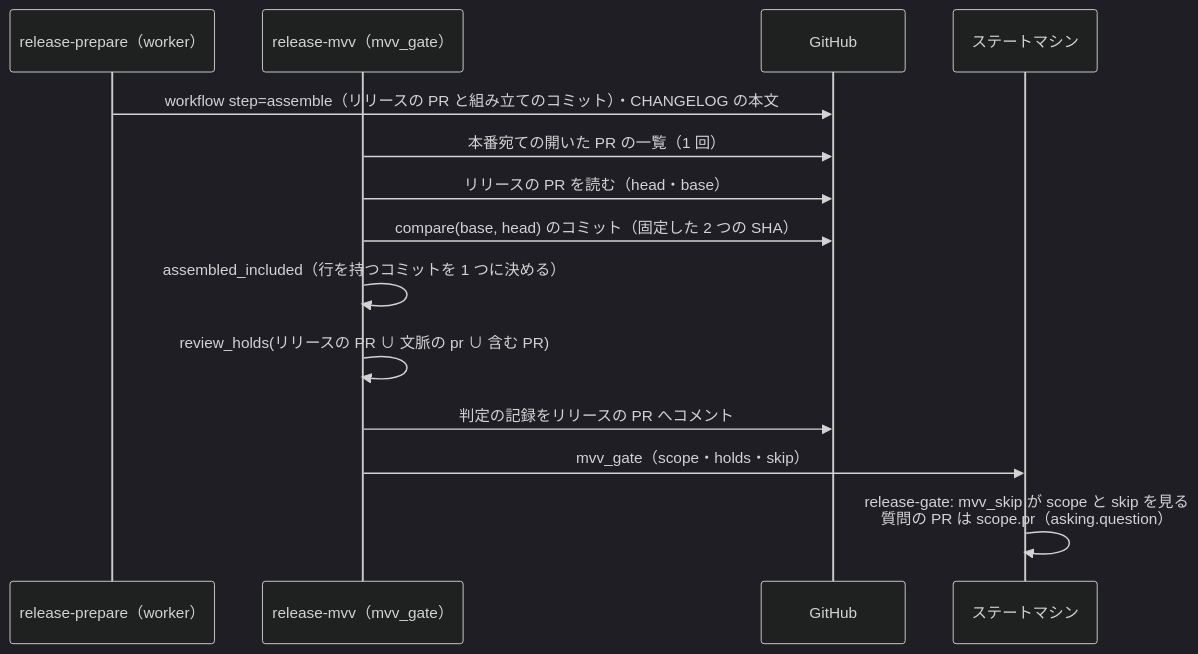
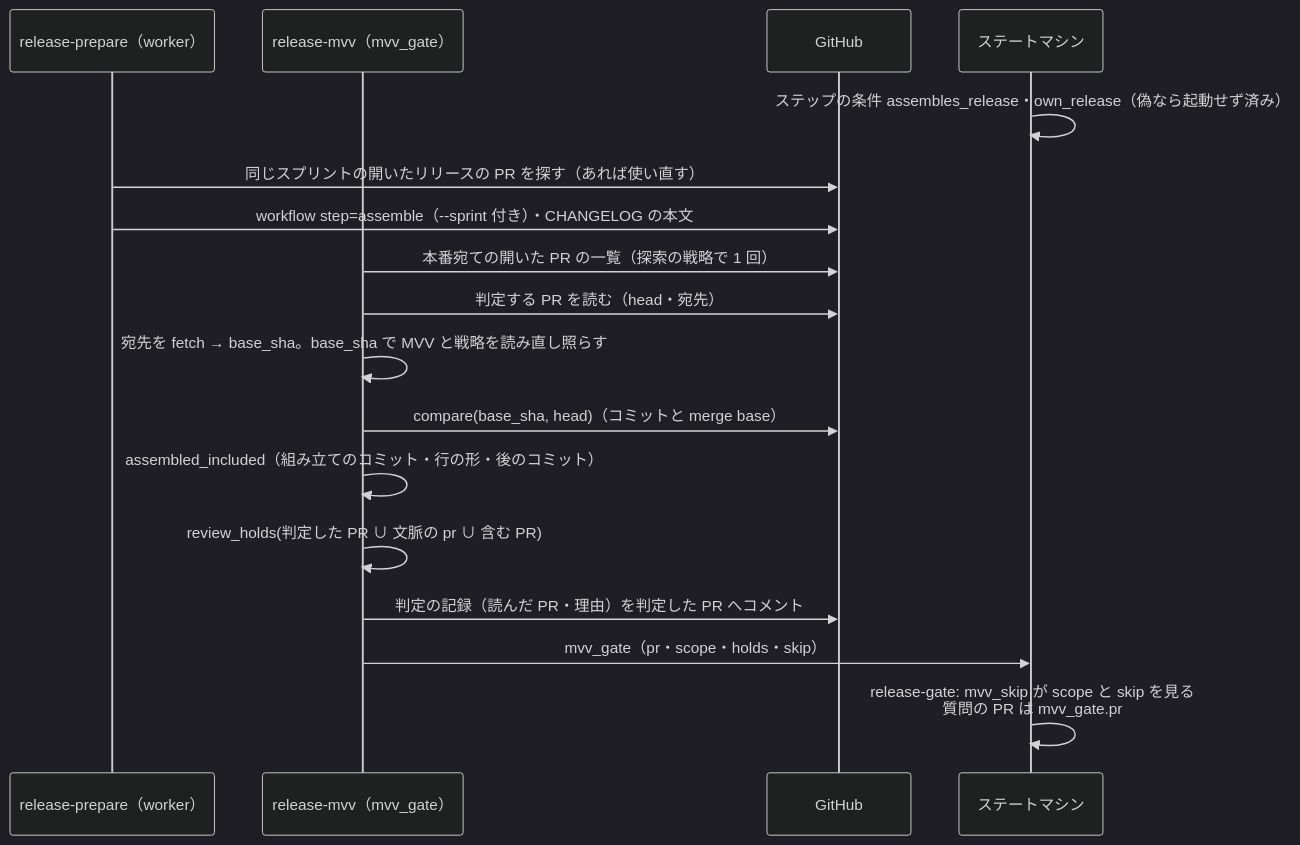
One commit to devbasex/ai-plugins changed the third of 3 diagrams in issues/issue-4105-design.md. Above: the diagram before and after it, drawn with Mermaid (dark theme). The commit also changed other lines of this file and 1 other file, not shown here.

First line of the commit message:
Docs: #4105 の設計を cross-review の指摘 r1-1〜r1-15 に合わせて直す

````diff
--- a/issues/issue-4105-design.md
+++ b/issues/issue-4105-design.md
@@ -89,16 +113,19 @@
 ```mermaid
 sequenceDiagram
   participant W as release-prepare（worker）
   participant G as release-mvv（mvv_gate）
   participant H as GitHub
   participant S as ステートマシン
-  W->>H: workflow step=assemble（リリースの PR と組み立てのコミット）・CHANGELOG の本文
-  G->>H: 本番宛ての開いた PR の一覧（1 回）
-  G->>H: リリースの PR を読む（head・base）
-  G->>H: compare(base, head) のコミット（固定した 2 つの SHA）
-  G->>G: assembled_included（行を持つコミットを 1 つに決める）
-  G->>G: review_holds(リリースの PR ∪ 文脈の pr ∪ 含む PR)
-  G->>H: 判定の記録をリリースの PR へコメント
-  G->>S: mvv_gate（scope・holds・skip）
-  S->>S: release-gate: mvv_skip が scope と skip を見る<br>質問の PR は scope.pr（asking.question）
+  S->>S: ステップの条件 assembles_release・own_release（偽なら起動せず済み）
+  W->>H: 同じスプリントの開いたリリースの PR を探す（あれば使い直す）
+  W->>H: workflow step=assemble（--sprint 付き）・CHANGELOG の本文
+  G->>H: 本番宛ての開いた PR の一覧（探索の戦略で 1 回）
+  G->>H: 判定する PR を読む（head・宛先）
+  G->>G: 宛先を fetch → base_sha。base_sha で MVV と戦略を読み直し照らす
+  G->>H: compare(base_sha, head)（コミットと merge base）
+  G->>G: assembled_included（組み立てのコミット・行の形・後のコミット）
+  G->>G: review_holds(判定した PR ∪ 文脈の pr ∪ 含む PR)
+  G->>H: 判定の記録（読んだ PR・理由）を判定した PR へコメント
+  G->>S: mvv_gate（pr・scope・holds・skip）
+  S->>S: release-gate: mvv_skip が scope と skip を見る<br>質問の PR は mvv_gate.pr
 ```
````
